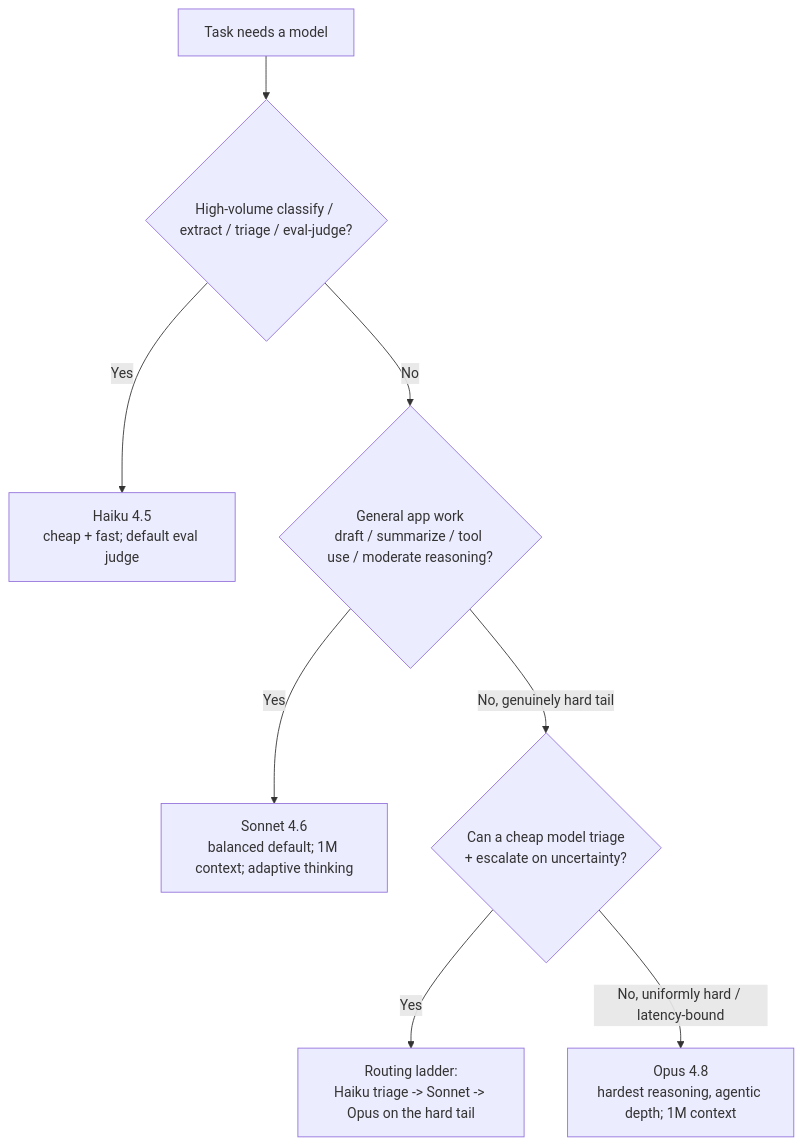
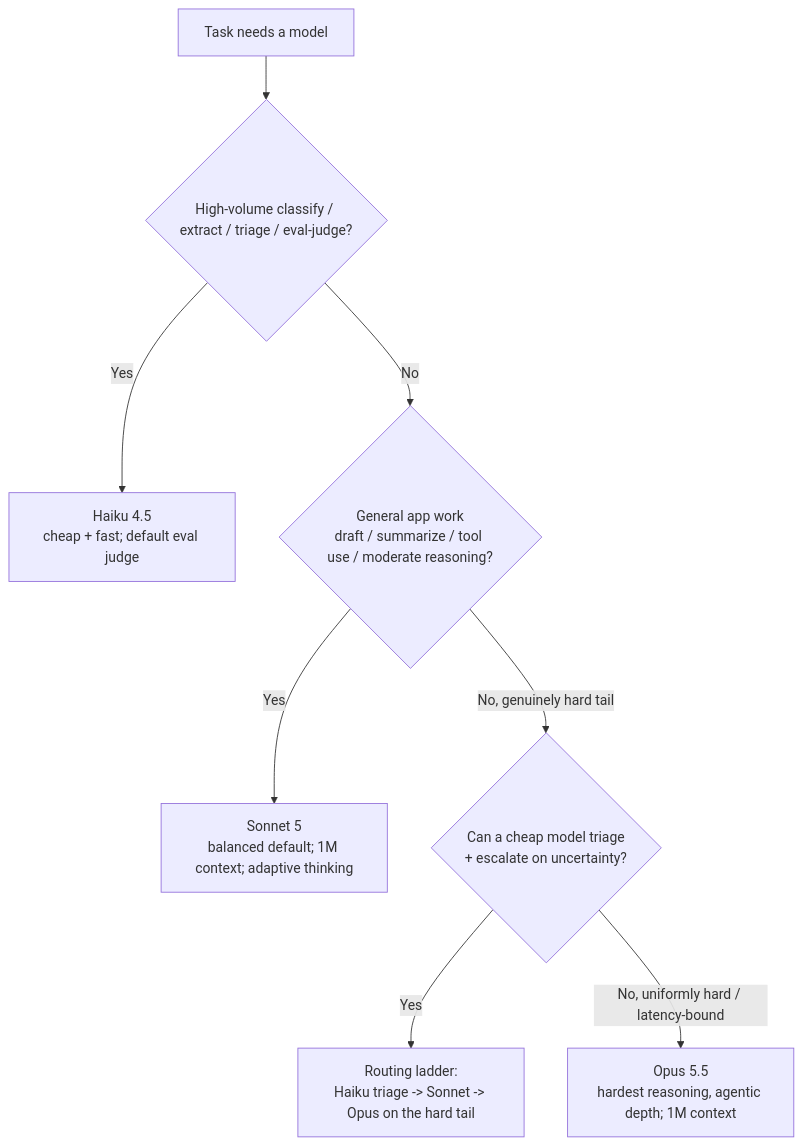
The first of 9 diagrams in plugins/claude-app-engineering/knowledge/claude-app-decision-trees.md (mcorbett51090/RavenClaude), drawn with Mermaid before and after one commit. The commit also changed other lines of this file and 24 other files, not shown here.

````diff
--- a/plugins/claude-app-engineering/knowledge/claude-app-decision-trees.md
+++ b/plugins/claude-app-engineering/knowledge/claude-app-decision-trees.md
@@ -18,10 +18,10 @@
 ```mermaid
 flowchart TD
     A[Task needs a model] --> V{High-volume classify / extract / triage / eval-judge?}
     V -->|Yes| HAIKU[Haiku 4.5<br/>cheap + fast; default eval judge]
     V -->|No| G{General app work<br/>draft / summarize / tool use / moderate reasoning?}
-    G -->|Yes| SONNET[Sonnet 4.6<br/>balanced default; 1M context; adaptive thinking]
+    G -->|Yes| SONNET[Sonnet 5<br/>balanced default; 1M context; adaptive thinking]
     G -->|No, genuinely hard tail| LADDER{Can a cheap model triage<br/>+ escalate on uncertainty?}
     LADDER -->|Yes| RUNG[Routing ladder:<br/>Haiku triage -> Sonnet -> Opus on the hard tail]
-    LADDER -->|No, uniformly hard / latency-bound| OPUS[Opus 4.8<br/>hardest reasoning, agentic depth; 1M context]
+    LADDER -->|No, uniformly hard / latency-bound| OPUS[Opus 5.5<br/>hardest reasoning, agentic depth; 1M context]
 ```
````
